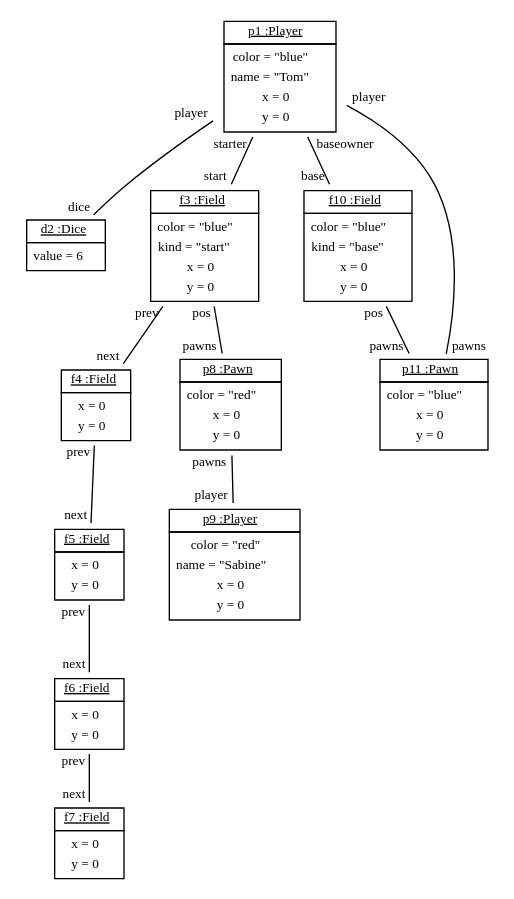
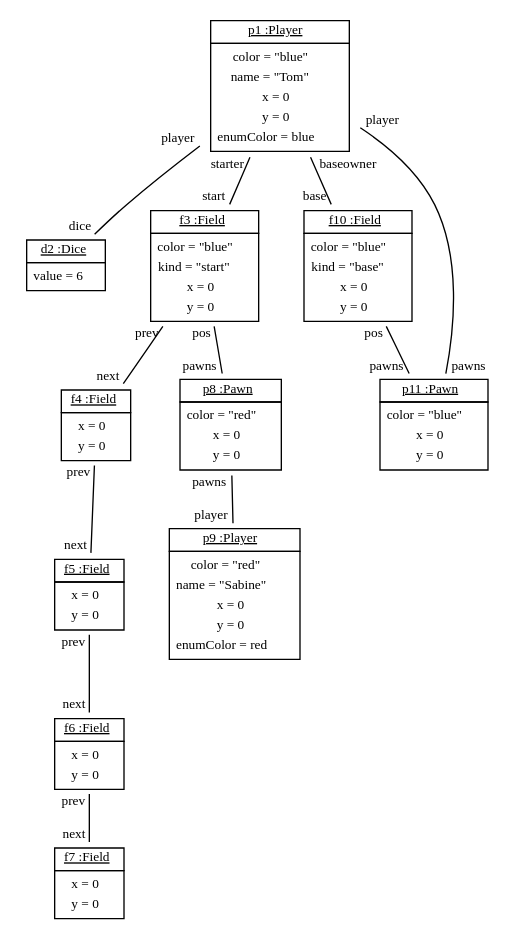
One commit to fujaba/SDMLib changed the diagram in doc/LudoScenario3.dot. Above: the diagram before and after it, drawn with Graphviz. The commit also changed 32 other files, not shown here.

```diff
--- a/doc/LudoScenario3.dot
+++ b/doc/LudoScenario3.dot
@@ -1,28 +1,28 @@
 graph ObjectDiagram {
    node [shape = none, fontsize = 10];
    edge [fontsize = 10];
 
-p1 [label=<<table border='0' cellborder='1' cellspacing='0'> <tr> <td> <u>p1 :Player</u></td></tr><tr><td><table border='0' cellborder='0' cellspacing='0'><tr><td>color = "blue"</td></tr><tr><td>name = "Tom"</td></tr><tr><td>x = 0</td></tr><tr><td>y = 0</td></tr></table></td></tr></table>>];
+p1 [label=<<table border='0' cellborder='1' cellspacing='0'> <tr> <td> <u>p1 :Player</u></td></tr><tr><td><table border='0' cellborder='0' cellspacing='0'><tr><td>color = "blue"</td></tr><tr><td>name = "Tom"</td></tr><tr><td>x = 0</td></tr><tr><td>y = 0</td></tr><tr><td>enumColor = blue</td></tr></table></td></tr></table>>];
 d2 [label=<<table border='0' cellborder='1' cellspacing='0'> <tr> <td> <u>d2 :Dice</u></td></tr><tr><td><table border='0' cellborder='0' cellspacing='0'><tr><td>value = 6</td></tr></table></td></tr></table>>];
 f3 [label=<<table border='0' cellborder='1' cellspacing='0'> <tr> <td> <u>f3 :Field</u></td></tr><tr><td><table border='0' cellborder='0' cellspacing='0'><tr><td>color = "blue"</td></tr><tr><td>kind = "start"</td></tr><tr><td>x = 0</td></tr><tr><td>y = 0</td></tr></table></td></tr></table>>];
 f4 [label=<<table border='0' cellborder='1' cellspacing='0'> <tr> <td> <u>f4 :Field</u></td></tr><tr><td><table border='0' cellborder='0' cellspacing='0'><tr><td>x = 0</td></tr><tr><td>y = 0</td></tr></table></td></tr></table>>];
 f5 [label=<<table border='0' cellborder='1' cellspacing='0'> <tr> <td> <u>f5 :Field</u></td></tr><tr><td><table border='0' cellborder='0' cellspacing='0'><tr><td>x = 0</td></tr><tr><td>y = 0</td></tr></table></td></tr></table>>];
 f6 [label=<<table border='0' cellborder='1' cellspacing='0'> <tr> <td> <u>f6 :Field</u></td></tr><tr><td><table border='0' cellborder='0' cellspacing='0'><tr><td>x = 0</td></tr><tr><td>y = 0</td></tr></table></td></tr></table>>];
 f7 [label=<<table border='0' cellborder='1' cellspacing='0'> <tr> <td> <u>f7 :Field</u></td></tr><tr><td><table border='0' cellborder='0' cellspacing='0'><tr><td>x = 0</td></tr><tr><td>y = 0</td></tr></table></td></tr></table>>];
 p8 [label=<<table border='0' cellborder='1' cellspacing='0'> <tr> <td> <u>p8 :Pawn</u></td></tr><tr><td><table border='0' cellborder='0' cellspacing='0'><tr><td>color = "red"</td></tr><tr><td>x = 0</td></tr><tr><td>y = 0</td></tr></table></td></tr></table>>];
-p9 [label=<<table border='0' cellborder='1' cellspacing='0'> <tr> <td> <u>p9 :Player</u></td></tr><tr><td><table border='0' cellborder='0' cellspacing='0'><tr><td>color = "red"</td></tr><tr><td>name = "Sabine"</td></tr><tr><td>x = 0</td></tr><tr><td>y = 0</td></tr></table></td></tr></table>>];
+p9 [label=<<table border='0' cellborder='1' cellspacing='0'> <tr> <td> <u>p9 :Player</u></td></tr><tr><td><table border='0' cellborder='0' cellspacing='0'><tr><td>color = "red"</td></tr><tr><td>name = "Sabine"</td></tr><tr><td>x = 0</td></tr><tr><td>y = 0</td></tr><tr><td>enumColor = red</td></tr></table></td></tr></table>>];
 f10 [label=<<table border='0' cellborder='1' cellspacing='0'> <tr> <td> <u>f10 :Field</u></td></tr><tr><td><table border='0' cellborder='0' cellspacing='0'><tr><td>color = "blue"</td></tr><tr><td>kind = "base"</td></tr><tr><td>x = 0</td></tr><tr><td>y = 0</td></tr></table></td></tr></table>>];
 p11 [label=<<table border='0' cellborder='1' cellspacing='0'> <tr> <td> <u>p11 :Pawn</u></td></tr><tr><td><table border='0' cellborder='0' cellspacing='0'><tr><td>color = "blue"</td></tr><tr><td>x = 0</td></tr><tr><td>y = 0</td></tr></table></td></tr></table>>];
 
 f10 -- p11 [headlabel = "pawns" taillabel = "pos"];
 f3 -- f4 [headlabel = "next" taillabel = "prev"];
 f3 -- p8 [headlabel = "pawns" taillabel = "pos"];
 f4 -- f5 [headlabel = "next" taillabel = "prev"];
 f5 -- f6 [headlabel = "next" taillabel = "prev"];
 f6 -- f7 [headlabel = "next" taillabel = "prev"];
 p1 -- d2 [headlabel = "dice" taillabel = "player"];
 p1 -- f10 [headlabel = "base" taillabel = "baseowner"];
 p1 -- f3 [headlabel = "start" taillabel = "starter"];
 p1 -- p11 [headlabel = "pawns" taillabel = "player"];
 p8 -- p9 [headlabel = "player" taillabel = "pawns"];
 }
```
